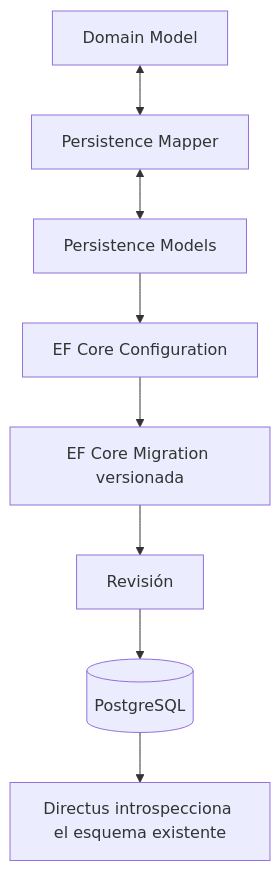
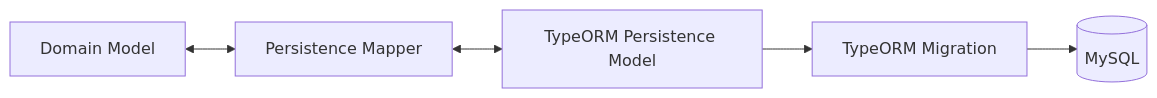
Before and after one commit to cromaticacreativa/project-cromaticacreativa-web: the seventh of 7 diagrams in docs/ARCHITECTURE.md, drawn with Mermaid. The commit also changed other lines of this file and 276 other files, not shown here.

````diff
--- a/docs/ARCHITECTURE.md
+++ b/docs/ARCHITECTURE.md
@@ -665,10 +232,7 @@
 ```mermaid
-flowchart TD
+flowchart LR
     domain["Domain Model"] <--> mapper["Persistence Mapper"]
-    mapper <--> model["Persistence Models"]
-    model --> mapping["EF Core Configuration"]
-    mapping --> migration["EF Core Migration versionada"]
-    migration --> review["Revisión"]
-    review --> database[("PostgreSQL")]
-    database --> directus["Directus introspecciona el esquema existente"]
+    mapper <--> model["TypeORM Persistence Model"]
+    model --> migration["TypeORM Migration"]
+    migration --> mysql[("MySQL")]
 ```
````
